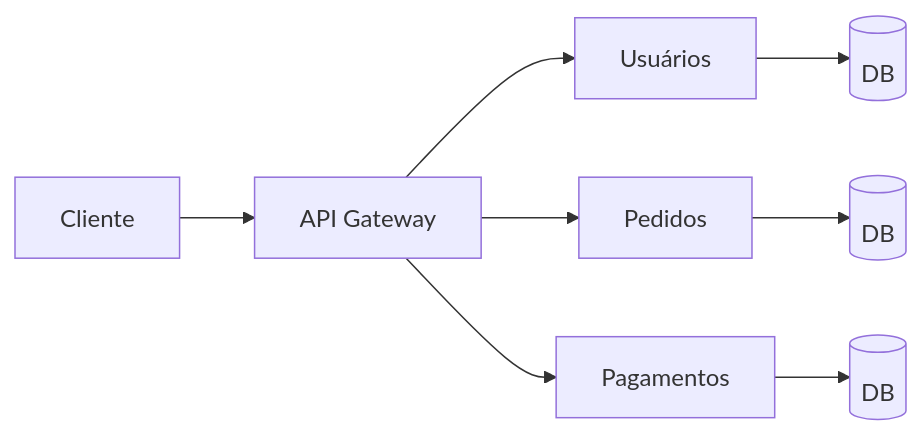
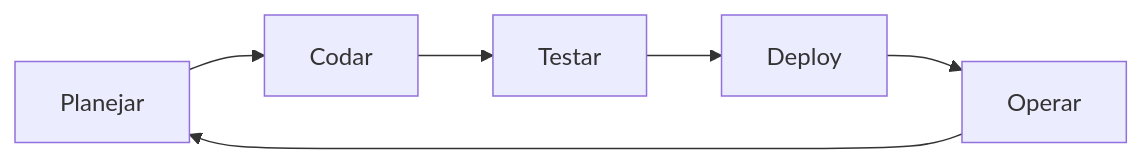
Before and after one commit to ricardotecpro/ads_extra_guia_de_ferramentas: the diagram in docs/slides/src/slide-01.md, drawn with Mermaid. The commit also changed other lines of this file and 145 other files, not shown here.

````diff
--- a/docs/slides/src/slide-01.md
+++ b/docs/slides/src/slide-01.md
@@ -67,10 +53,8 @@
 ```mermaid
 graph LR
-    User[Cliente] --> AGW[API Gateway]
-    AGW --> S1[Usuários]
-    AGW --> S2[Pedidos]
-    AGW --> S3[Pagamentos]
-    S1 --> DB1[(DB)]
-    S2 --> DB2[(DB)]
-    S3 --> DB3[(DB)]
+    P[Planejar] --> C[Codar]
+    C --> T[Testar]
+    T --> D[Deploy]
+    D --> O[Operar]
+    O --> P
 ```
````
